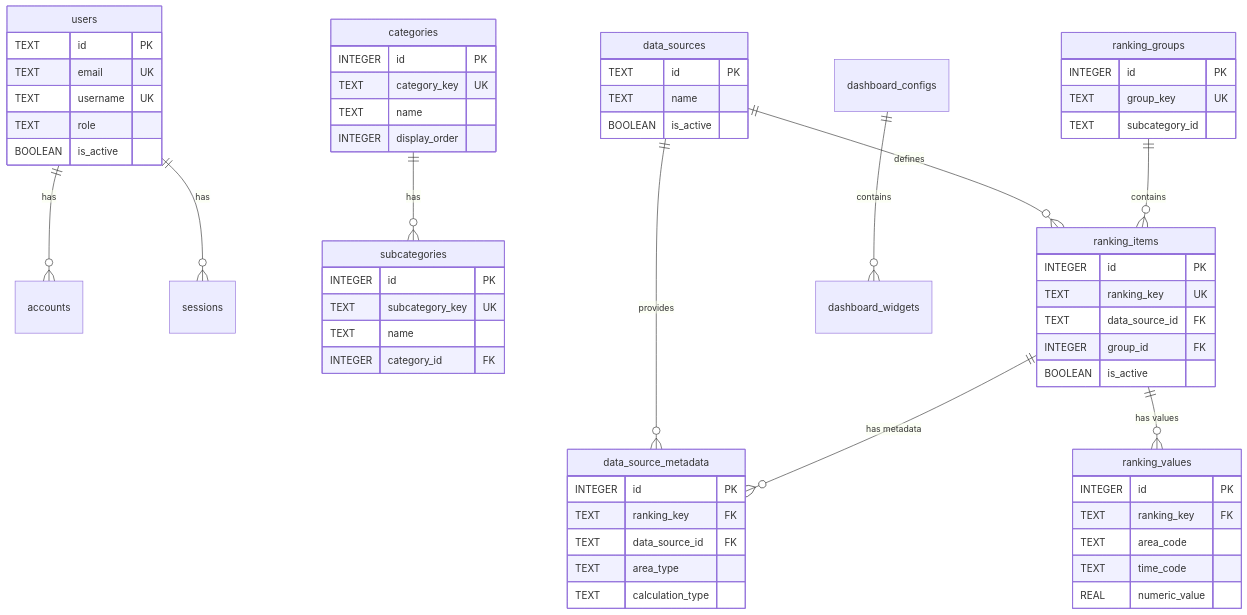
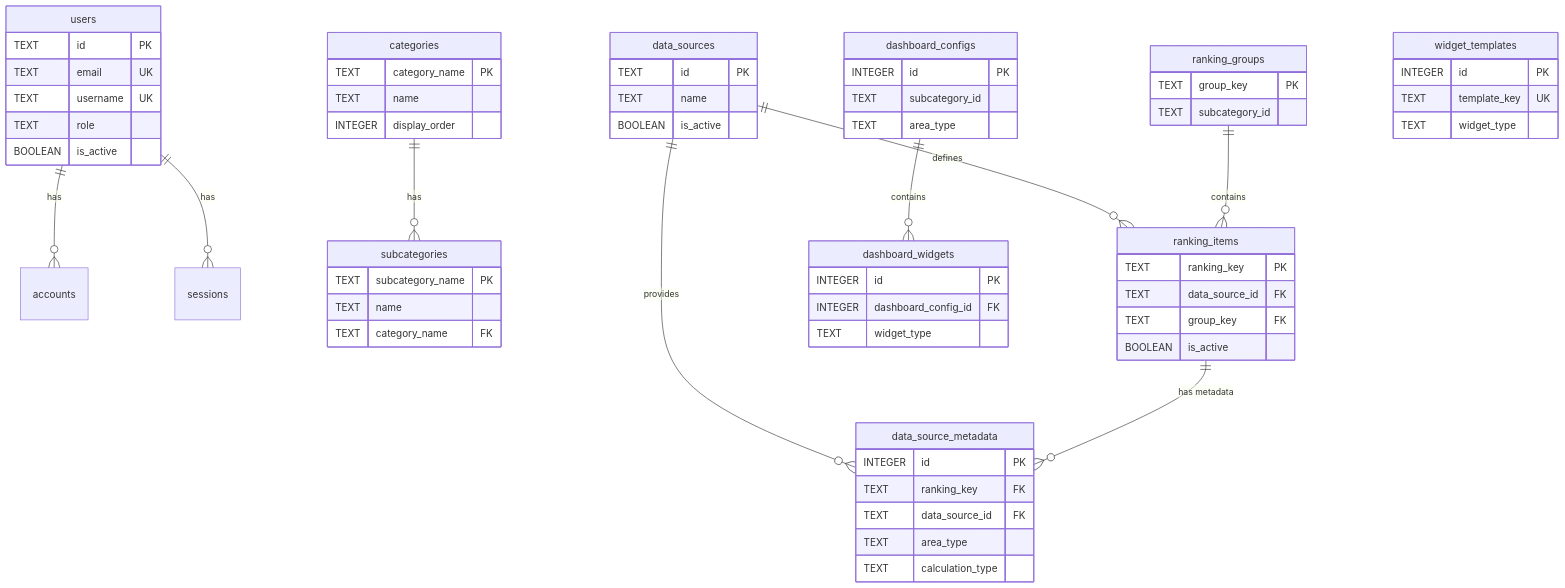
One commit to uruhayato373/stats47 changed the diagram in docs/01_技術設計/04_インフラ設計/01_データベース設計.md. Above: the diagram before and after it, drawn with Mermaid. The commit also changed other lines of this file, not shown here.

````diff
--- a/docs/01_技術設計/04_インフラ設計/01_データベース設計.md
+++ b/docs/01_技術設計/04_インフラ設計/01_データベース設計.md
@@ -482,70 +451,75 @@
 ```mermaid
 erDiagram
     users ||--o{ accounts : "has"
     users ||--o{ sessions : "has"
     categories ||--o{ subcategories : "has"
     data_sources ||--o{ ranking_items : "defines"
     data_sources ||--o{ data_source_metadata : "provides"
     ranking_groups ||--o{ ranking_items : "contains"
     ranking_items ||--o{ data_source_metadata : "has metadata"
-    ranking_items ||--o{ ranking_values : "has values"
     dashboard_configs ||--o{ dashboard_widgets : "contains"
 
     users {
         TEXT id PK
         TEXT email UK
         TEXT username UK
         TEXT role
         BOOLEAN is_active
     }
 
     categories {
-        INTEGER id PK
-        TEXT category_key UK
+        TEXT category_name PK
         TEXT name
         INTEGER display_order
     }
 
     subcategories {
-        INTEGER id PK
-        TEXT subcategory_key UK
+        TEXT subcategory_name PK
         TEXT name
-        INTEGER category_id FK
+        TEXT category_name FK
     }
 
     data_sources {
         TEXT id PK
         TEXT name
         BOOLEAN is_active
     }
 
     ranking_items {
-        INTEGER id PK
-        TEXT ranking_key UK
+        TEXT ranking_key PK
         TEXT data_source_id FK
-        INTEGER group_id FK
+        TEXT group_key FK
         BOOLEAN is_active
     }
 
     ranking_groups {
-        INTEGER id PK
-        TEXT group_key UK
+        TEXT group_key PK
         TEXT subcategory_id
     }
 
     data_source_metadata {
         INTEGER id PK
         TEXT ranking_key FK
         TEXT data_source_id FK
         TEXT area_type
         TEXT calculation_type
     }
 
-    ranking_values {
+    dashboard_configs {
         INTEGER id PK
-        TEXT ranking_key FK
-        TEXT area_code
-        TEXT time_code
-        REAL numeric_value
+        TEXT subcategory_id
+        TEXT area_type
+    }
+
+    dashboard_widgets {
+        INTEGER id PK
+        INTEGER dashboard_config_id FK
+        TEXT widget_type
+    }
+
+    widget_templates {
+        INTEGER id PK
+        TEXT template_key UK
+        TEXT widget_type
     }
 ```
````
